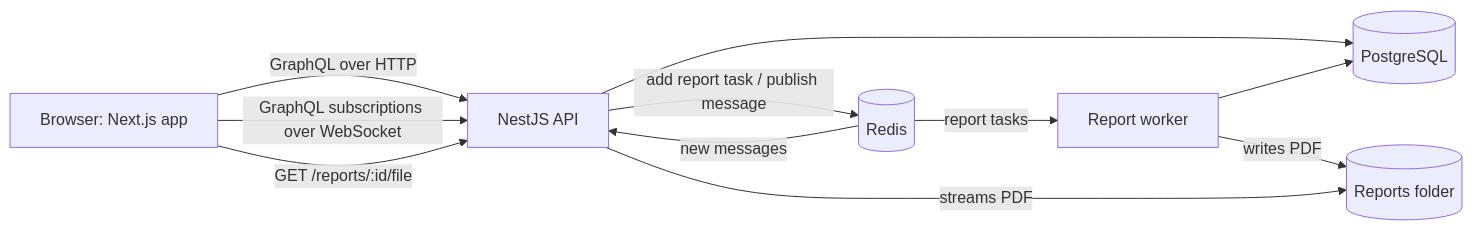
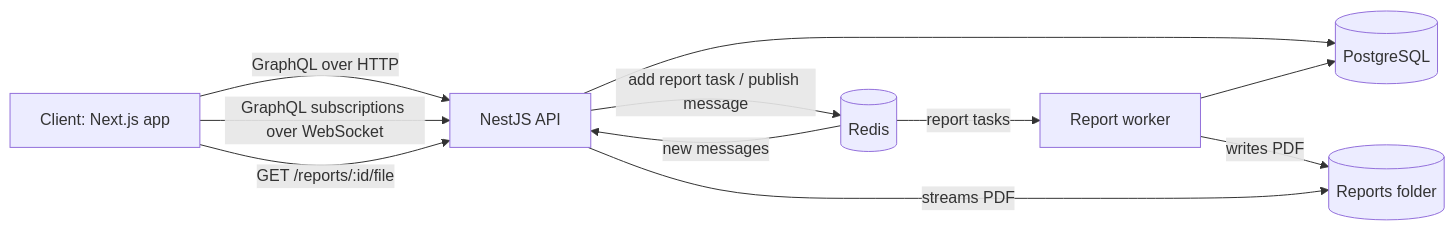
One commit to iorrah/home-renovation changed the diagram in README.md. Above: the diagram before and after it, drawn with Mermaid. The commit also changed 6 other files, not shown here.

````diff
--- a/README.md
+++ b/README.md
@@ -59,13 +59,13 @@
 ```mermaid
 flowchart LR
-  browser[Browser: Next.js app] -- GraphQL over HTTP --> api[NestJS API]
+  browser[Client: Next.js app] -- GraphQL over HTTP --> api[NestJS API]
   browser -- GraphQL subscriptions over WebSocket --> api
   browser -- GET /reports/:id/file --> api
   api --> pg[(PostgreSQL)]
   api -- add report task / publish message --> redis[(Redis)]
   redis -- report tasks --> worker[Report worker]
   redis -- new messages --> api
   worker --> pg
   worker -- writes PDF --> files[(Reports folder)]
   api -- streams PDF --> files
 ```
````
